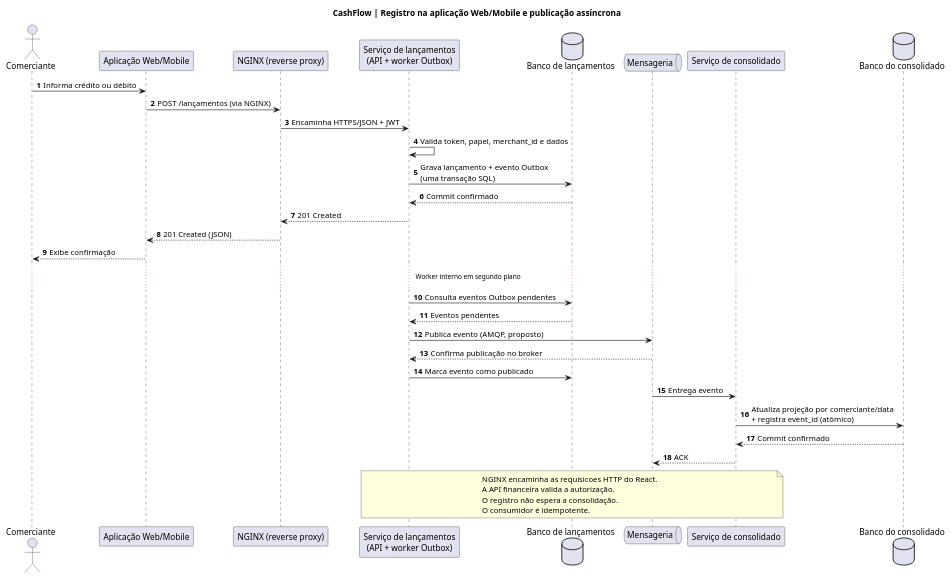
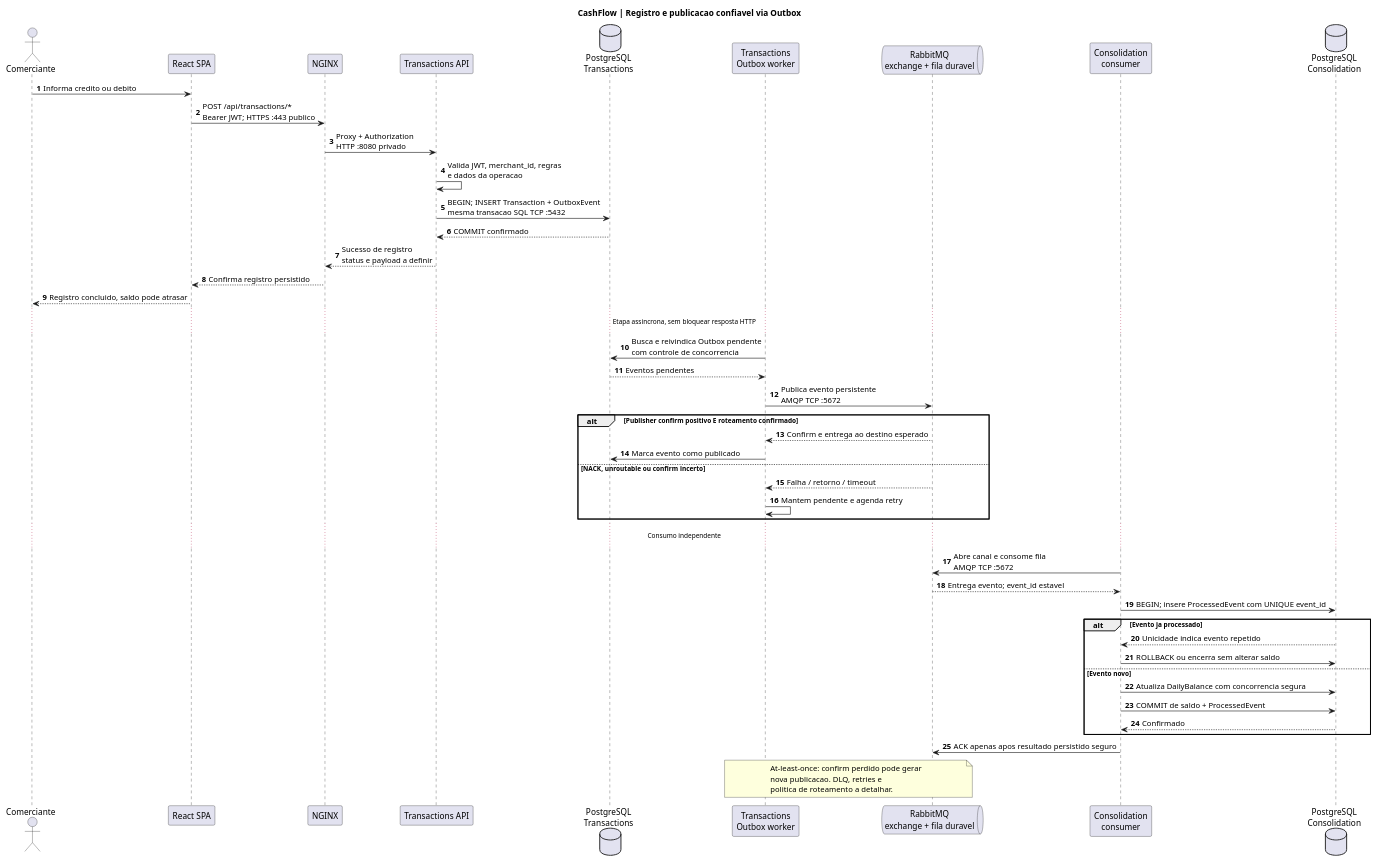
The diagram in docs/architecture/plantuml/sequence-register.puml (wolwerr/CashFlow-Architecture), drawn with PlantUML before and after one commit.

Commit message:
docs(validation): align sequence flow with Outbox, JWT and service boundaries (#6)

```diff
--- a/docs/architecture/plantuml/sequence-register.puml
+++ b/docs/architecture/plantuml/sequence-register.puml
@@ -1,37 +1,53 @@
 @startuml CashFlow_Register
-title CashFlow | Registro na aplicação Web/Mobile e publicação assíncrona
+title CashFlow | Registro e publicacao confiavel via Outbox
 autonumber
-actor Comerciante
-participant "Aplicação Web/Mobile" as W
-participant "NGINX (reverse proxy)" as G
-participant "Serviço de lançamentos\n(API + worker Outbox)" as L
-database "Banco de lançamentos" as BL
-queue "Mensageria" as M
-participant "Serviço de consolidado" as C
-database "Banco do consolidado" as BC
-Comerciante -> W: Informa crédito ou débito
-W -> G: POST /lançamentos (via NGINX)
-G -> L: Encaminha HTTPS/JSON + JWT
-L -> L: Valida token, papel, merchant_id e dados
-L -> BL: Grava lançamento + evento Outbox\n(uma transação SQL)
-BL --> L: Commit confirmado
-L --> G: 201 Created
-G --> W: 201 Created (JSON)
-W --> Comerciante: Exibe confirmação
-... Worker interno em segundo plano ...
-L -> BL: Consulta eventos Outbox pendentes
-BL --> L: Eventos pendentes
-L -> M: Publica evento (AMQP, proposto)
-M --> L: Confirma publicação no broker
-L -> BL: Marca evento como publicado
-M -> C: Entrega evento
-C -> BC: Atualiza projeção por comerciante/data\n+ registra event_id (atômico)
-BC --> C: Commit confirmado
-C --> M: ACK
-note over L,C
-NGINX encaminha as requisicoes HTTP do React.
-A API financeira valida a autorização.
-O registro não espera a consolidação.
-O consumidor é idempotente.
+actor Comerciante as U
+participant "React SPA" as W
+participant "NGINX" as G
+participant "Transactions API" as API
+database "PostgreSQL\nTransactions" as DBT
+participant "Transactions\nOutbox worker" as OUT
+queue "RabbitMQ\nexchange + fila duravel" as MQ
+participant "Consolidation\nconsumer" as CON
+database "PostgreSQL\nConsolidation" as DBC
+
+U -> W: Informa credito ou debito
+W -> G: POST /api/transactions/*\nBearer JWT; HTTPS :443 publico
+G -> API: Proxy + Authorization\nHTTP :8080 privado
+API -> API: Valida JWT, merchant_id, regras\ne dados da operacao
+API -> DBT: BEGIN; INSERT Transaction + OutboxEvent\nmesma transacao SQL TCP :5432
+DBT --> API: COMMIT confirmado
+API --> G: Sucesso de registro\nstatus e payload a definir
+G --> W: Confirma registro persistido
+W --> U: Registro concluido, saldo pode atrasar
+
+... Etapa assincrona, sem bloquear resposta HTTP ...
+OUT -> DBT: Busca e reivindica Outbox pendente\ncom controle de concorrencia
+DBT --> OUT: Eventos pendentes
+OUT -> MQ: Publica evento persistente\nAMQP TCP :5672
+alt Publisher confirm positivo E roteamento confirmado
+  MQ --> OUT: Confirm e entrega ao destino esperado
+  OUT -> DBT: Marca evento como publicado
+else NACK, unroutable ou confirm incerto
+  MQ --> OUT: Falha / retorno / timeout
+  OUT -> OUT: Mantem pendente e agenda retry
+end
+... Consumo independente ...
+CON -> MQ: Abre canal e consome fila\nAMQP TCP :5672
+MQ --> CON: Entrega evento; event_id estavel
+CON -> DBC: BEGIN; insere ProcessedEvent com UNIQUE event_id
+alt Evento ja processado
+  DBC --> CON: Unicidade indica evento repetido
+  CON -> DBC: ROLLBACK ou encerra sem alterar saldo
+else Evento novo
+  CON -> DBC: Atualiza DailyBalance com concorrencia segura
+  CON -> DBC: COMMIT de saldo + ProcessedEvent
+  DBC --> CON: Confirmado
+end
+CON -> MQ: ACK apenas apos resultado persistido seguro
+note over OUT,MQ
+At-least-once: confirm perdido pode gerar
+nova publicacao. DLQ, retries e
+politica de roteamento a detalhar.
 end note
 @enduml
```
